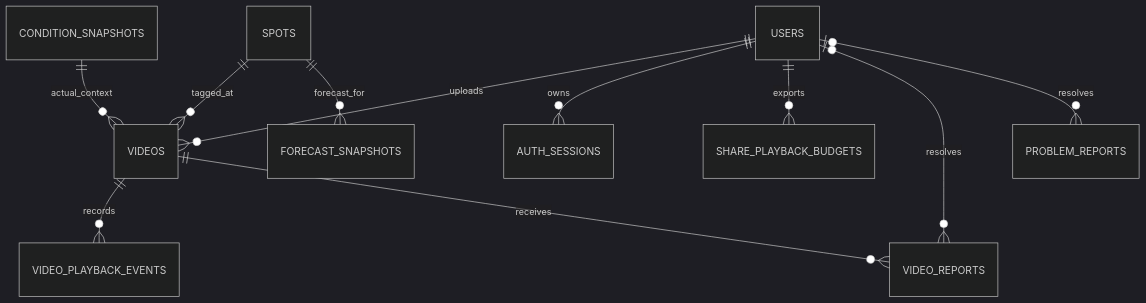
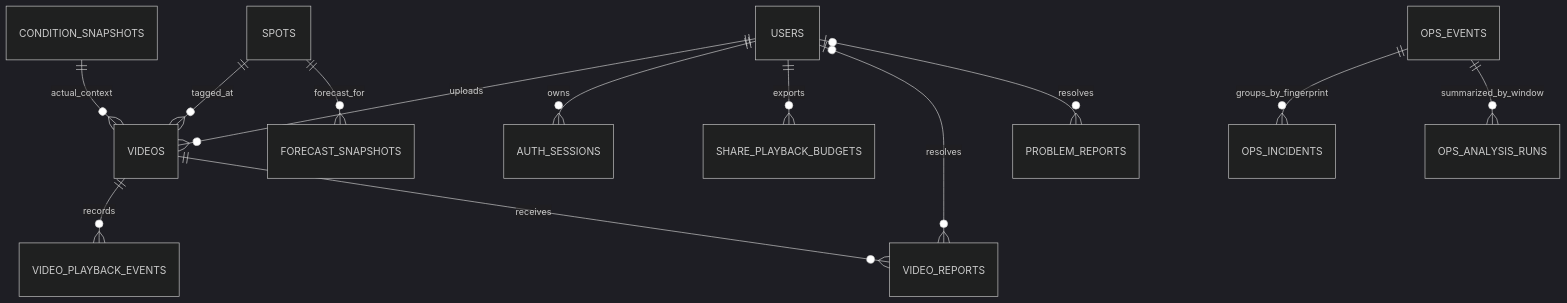
Before and after one commit to n8886919/surf-video-share-tw: the diagram in docs/DATA_MODEL.md, drawn with Mermaid (dark theme). The commit also changed other lines of this file and 21 other files, not shown here.

````diff
--- a/docs/DATA_MODEL.md
+++ b/docs/DATA_MODEL.md
@@ -3,13 +3,15 @@
 ```mermaid
 erDiagram
   USERS ||--o{ VIDEOS : uploads
   USERS ||--o{ AUTH_SESSIONS : owns
   USERS ||--o{ SHARE_PLAYBACK_BUDGETS : exports
   SPOTS ||--o{ VIDEOS : tagged_at
   CONDITION_SNAPSHOTS ||--o{ VIDEOS : actual_context
   SPOTS ||--o{ FORECAST_SNAPSHOTS : forecast_for
   VIDEOS ||--o{ VIDEO_PLAYBACK_EVENTS : records
   VIDEOS ||--o{ VIDEO_REPORTS : receives
   USERS o|--o{ VIDEO_REPORTS : resolves
   USERS o|--o{ PROBLEM_REPORTS : resolves
+  OPS_EVENTS ||--o{ OPS_INCIDENTS : groups_by_fingerprint
+  OPS_EVENTS ||--o{ OPS_ANALYSIS_RUNS : summarized_by_window
 ```
````
